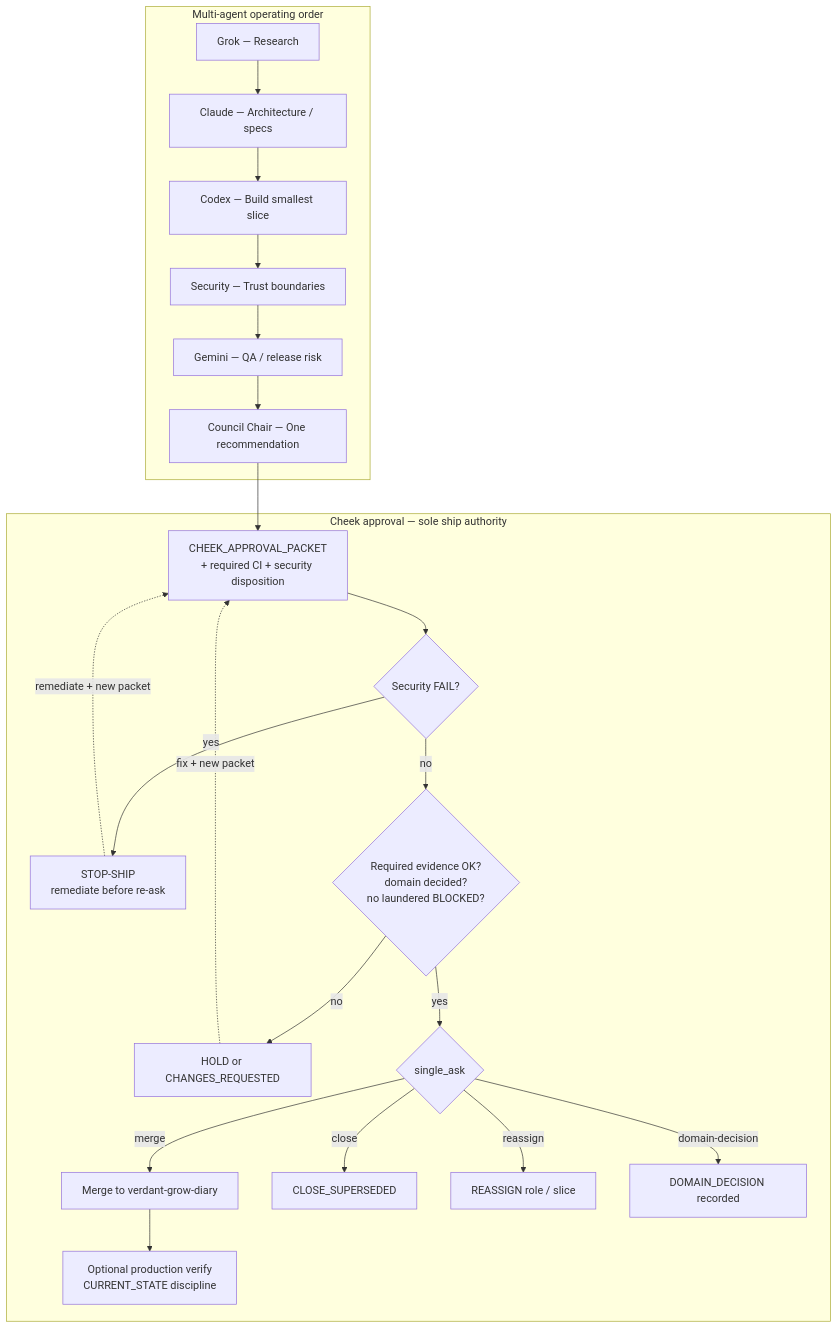
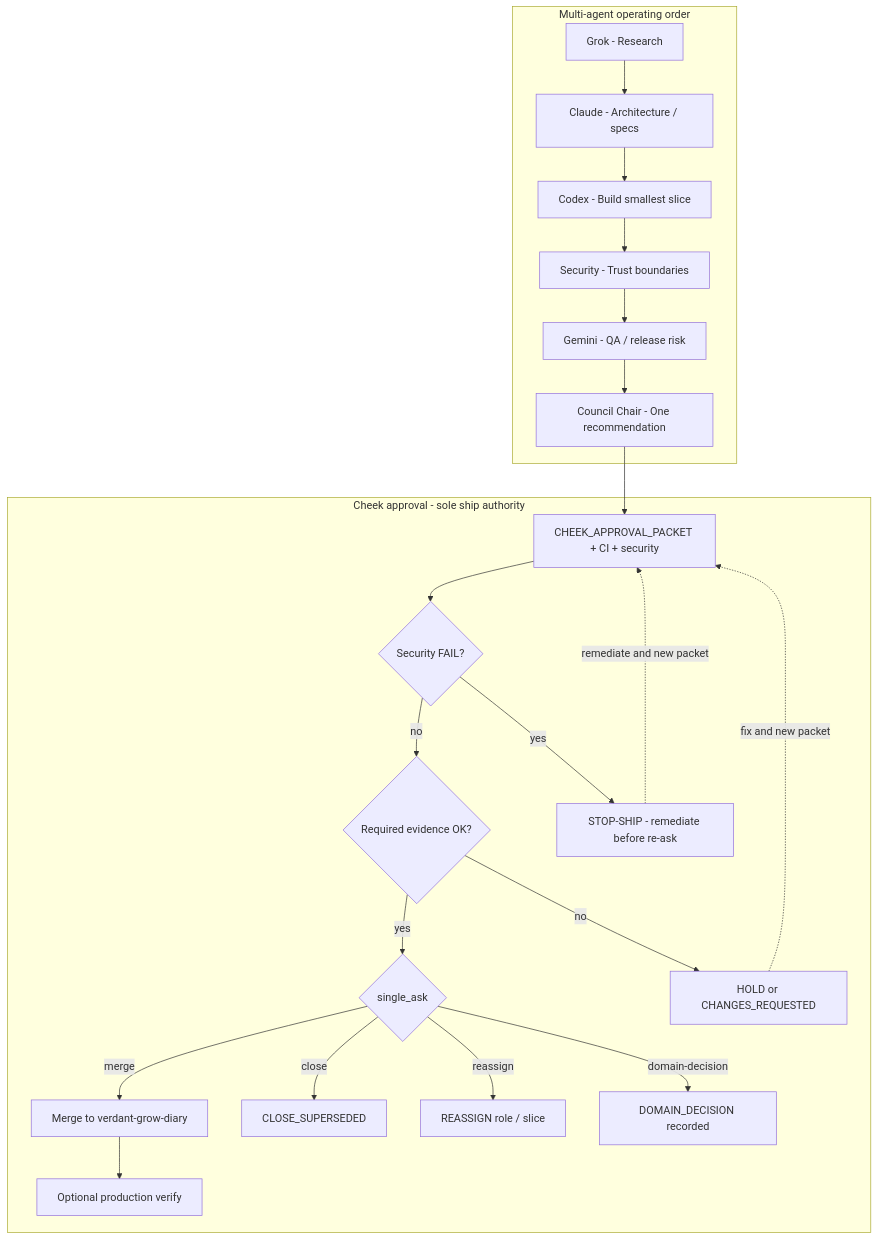
Before and after one commit to Verdant-OS/verdant-grow-diary: the first of 3 diagrams in docs/agents/cheek-approval-workflow.md, drawn with Mermaid. The commit also changed other lines of this file, not shown here.

First line of the commit message:
docs(agents): harden Mermaid fence syntax in Cheek workflow

````diff
--- a/docs/agents/cheek-approval-workflow.md
+++ b/docs/agents/cheek-approval-workflow.md
@@ -332,31 +346,44 @@
 ```mermaid
 flowchart TB
-  subgraph pipeline [Multi-agent operating order]
-    Grok[Grok — Research]
-    Claude[Claude — Architecture / specs]
-    Codex[Codex — Build smallest slice]
-    Security[Security — Trust boundaries]
-    Gemini[Gemini — QA / release risk]
-    Council[Council Chair — One recommendation]
-    Grok --> Claude --> Codex --> Security --> Gemini --> Council
+  subgraph pipeline["Multi-agent operating order"]
+    Grok["Grok - Research"]
+    Claude["Claude - Architecture / specs"]
+    Codex["Codex - Build smallest slice"]
+    Security["Security - Trust boundaries"]
+    Gemini["Gemini - QA / release risk"]
+    Council["Council Chair - One recommendation"]
+    Grok --> Claude
+    Claude --> Codex
+    Codex --> Security
+    Security --> Gemini
+    Gemini --> Council
   end
 
-  subgraph cheek_gate [Cheek approval — sole ship authority]
-    Packet[CHEEK_APPROVAL_PACKET<br/>+ required CI + security disposition]
-    Council --> Packet
-    SecFail{Security FAIL?}
-    Packet --> SecFail
-    SecFail -->|yes| StopShip[STOP-SHIP<br/>remediate before re-ask]
-    SecFail -->|no| Evidence{Required evidence OK?<br/>domain decided?<br/>no laundered BLOCKED?}
-    Evidence -->|no| Hold[HOLD or CHANGES_REQUESTED]
-    Evidence -->|yes| Ask{single_ask}
-    Ask -->|merge| Merge[Merge to verdant-grow-diary]
-    Ask -->|close| Close[CLOSE_SUPERSEDED]
-    Ask -->|reassign| Reassign[REASSIGN role / slice]
-    Ask -->|domain-decision| Domain[DOMAIN_DECISION recorded]
-    Merge --> Prod[Optional production verify<br/>CURRENT_STATE discipline]
+  subgraph cheek_gate["Cheek approval - sole ship authority"]
+    Packet["CHEEK_APPROVAL_PACKET + CI + security"]
+    SecFail{"Security FAIL?"}
+    Evidence{"Required evidence OK?"}
+    Ask{"single_ask"}
+    StopShip["STOP-SHIP - remediate before re-ask"]
+    Hold["HOLD or CHANGES_REQUESTED"]
+    Merge["Merge to verdant-grow-diary"]
+    Close["CLOSE_SUPERSEDED"]
+    Reassign["REASSIGN role / slice"]
+    Domain["DOMAIN_DECISION recorded"]
+    Prod["Optional production verify"]
   end
 
-  Hold -.->|fix + new packet| Packet
-  StopShip -.->|remediate + new packet| Packet
+  Council --> Packet
+  Packet --> SecFail
+  SecFail -->|yes| StopShip
+  SecFail -->|no| Evidence
+  Evidence -->|no| Hold
+  Evidence -->|yes| Ask
+  Ask -->|merge| Merge
+  Ask -->|close| Close
+  Ask -->|reassign| Reassign
+  Ask -->|domain-decision| Domain
+  Merge --> Prod
+  Hold -.->|fix and new packet| Packet
+  StopShip -.->|remediate and new packet| Packet
 ```
````
